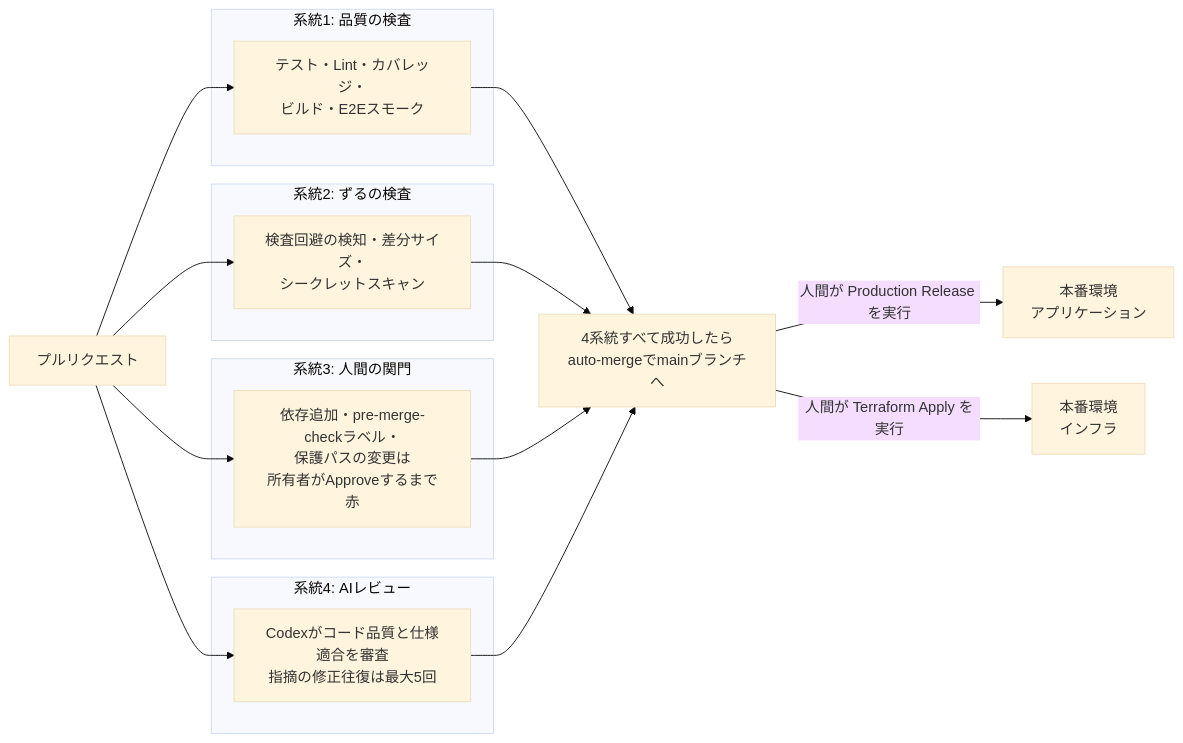
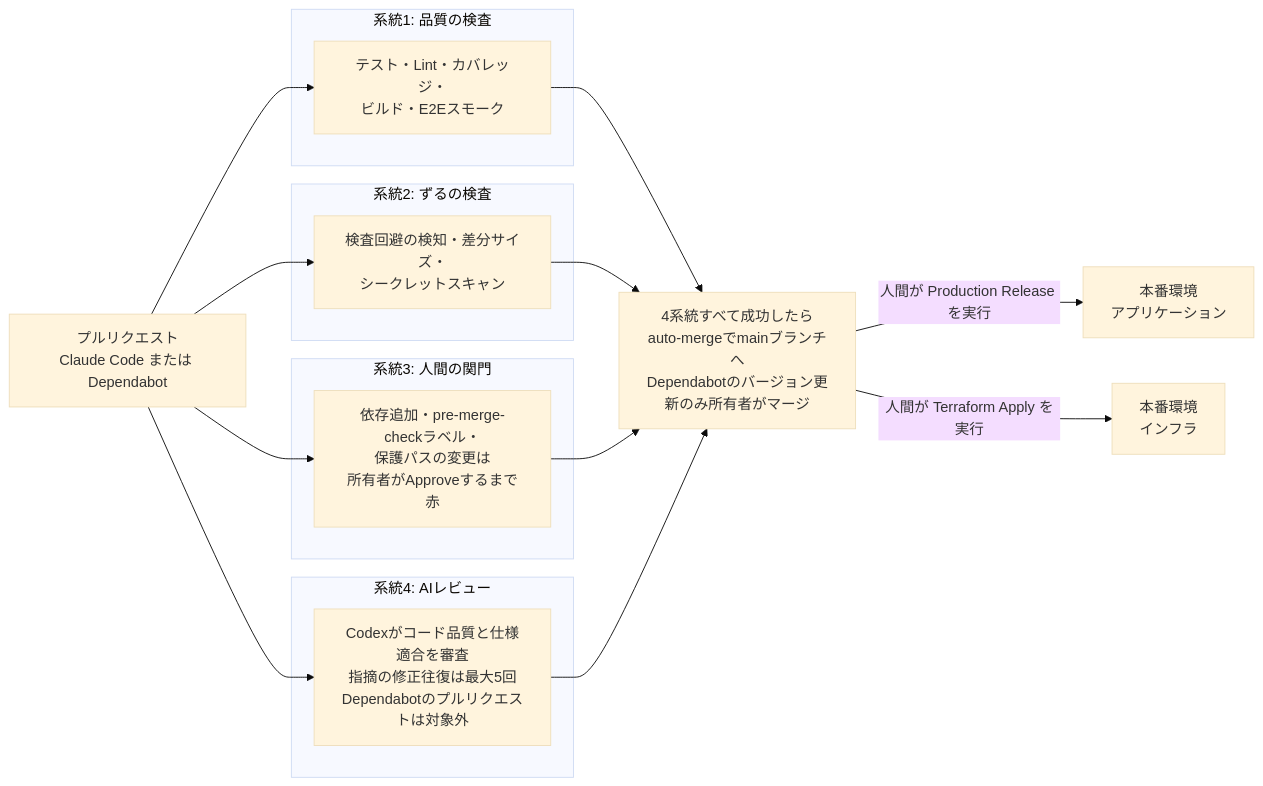
Before and after one commit to DogisRiki/KeirekiPro: the first of 2 diagrams in README.md, drawn with Mermaid (base theme). The commit also changed other lines of this file and 5 other files, not shown here.

````diff
--- a/README.md
+++ b/README.md
@@ -53,27 +53,27 @@
 ```mermaid
 flowchart LR
-    PR[プルリクエスト]
+    PR[プルリクエスト<br>Claude Code または Dependabot]
 
     subgraph s1[系統1: 品質の検査]
         Q[テスト・Lint・カバレッジ・<br>ビルド・E2Eスモーク]
     end
     subgraph s2[系統2: ずるの検査]
         Z[検査回避の検知・差分サイズ・<br>シークレットスキャン]
     end
     subgraph s3[系統3: 人間の関門]
         H[依存追加・pre-merge-checkラベル・<br>保護パスの変更は<br>所有者がApproveするまで赤]
     end
     subgraph s4[系統4: AIレビュー]
-        A[Codexがコード品質と仕様適合を審査<br>指摘の修正往復は最大5回]
+        A[Codexがコード品質と仕様適合を審査<br>指摘の修正往復は最大5回<br>Dependabotのプルリクエストは対象外]
     end
 
     PR --> Q
     PR --> Z
     PR --> H
     PR --> A
 
-    Q & Z & H & A --> M[4系統すべて成功したら<br>auto-mergeでmainブランチへ]
+    Q & Z & H & A --> M[4系統すべて成功したら<br>auto-mergeでmainブランチへ<br>Dependabotのバージョン更新のみ所有者がマージ]
 
     M -->|人間が Production Release を実行| App[本番環境<br>アプリケーション]
     M -->|人間が Terraform Apply を実行| Infra[本番環境<br>インフラ]
 ```
````
